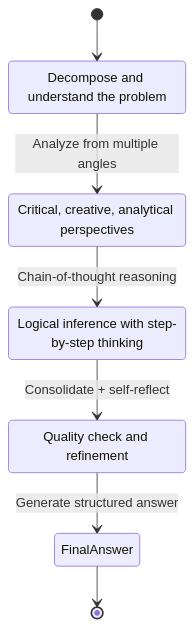
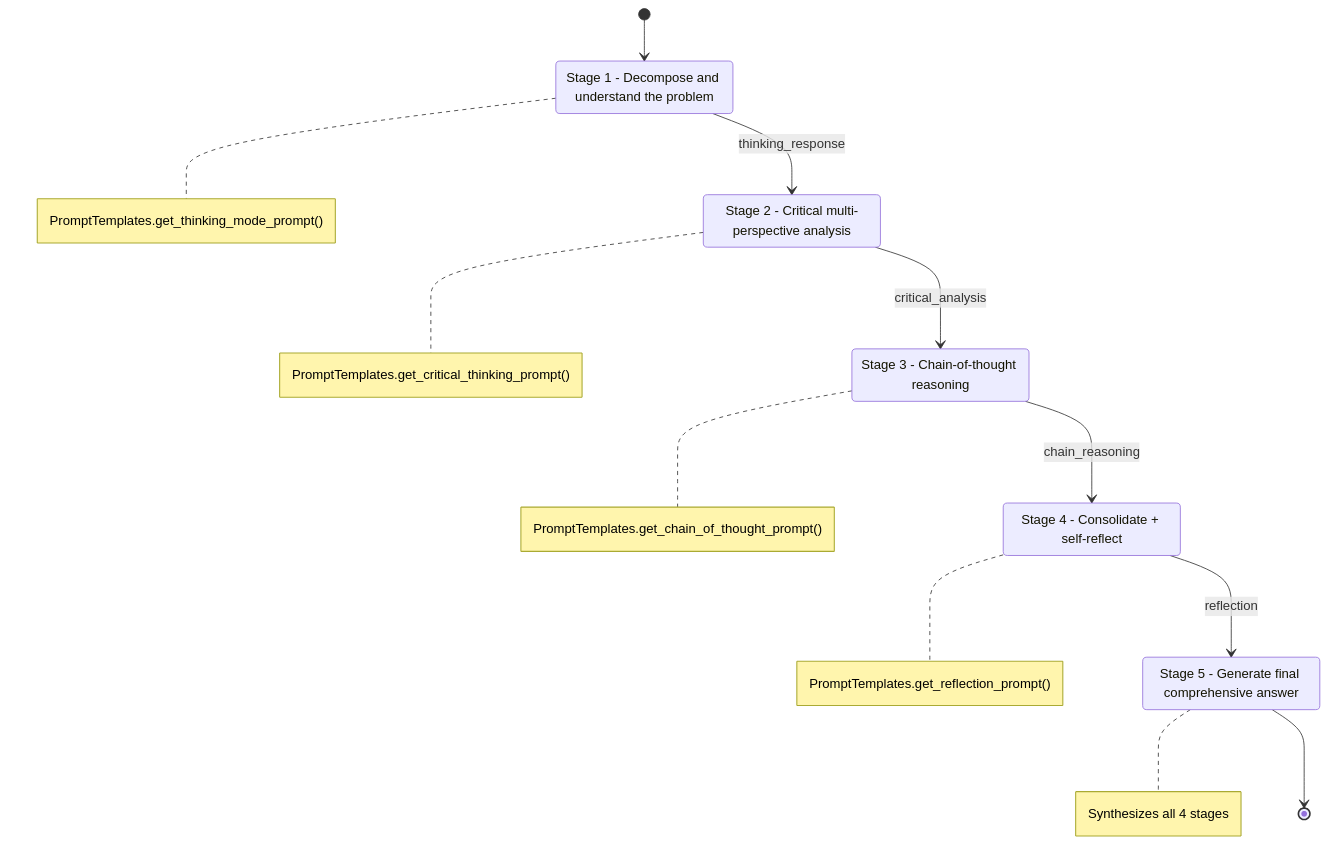
Before and after one commit to Zenobia000/openagent_backend: the sixth of 7 diagrams in Architecture_Refactoring_Toolkit/project_docs/11_processing_mode_state_machines.md, drawn with Mermaid. The commit also changed other lines of this file and 28 other files, not shown here.

````diff
--- a/Architecture_Refactoring_Toolkit/project_docs/11_processing_mode_state_machines.md
+++ b/Architecture_Refactoring_Toolkit/project_docs/11_processing_mode_state_machines.md
@@ -238,18 +282,24 @@
 ```mermaid
 stateDiagram-v2
     [*] --> ProblemAnalysis
 
-    ProblemAnalysis: Decompose and understand the problem
-    ProblemAnalysis --> MultiPerspective: Analyze from multiple angles
+    ProblemAnalysis: Stage 1 - Decompose and understand the problem
+    note right of ProblemAnalysis: PromptTemplates.get_thinking_mode_prompt()
+    ProblemAnalysis --> MultiPerspective: thinking_response
 
-    MultiPerspective: Critical, creative, analytical perspectives
-    MultiPerspective --> DeepReasoning: Chain-of-thought reasoning
+    MultiPerspective: Stage 2 - Critical multi-perspective analysis
+    note right of MultiPerspective: PromptTemplates.get_critical_thinking_prompt()
+    MultiPerspective --> DeepReasoning: critical_analysis
 
-    DeepReasoning: Logical inference with step-by-step thinking
-    DeepReasoning --> SynthesisAndReflection: Consolidate + self-reflect
+    DeepReasoning: Stage 3 - Chain-of-thought reasoning
+    note right of DeepReasoning: PromptTemplates.get_chain_of_thought_prompt()
+    DeepReasoning --> SynthesisAndReflection: chain_reasoning
 
-    SynthesisAndReflection: Quality check and refinement
-    SynthesisAndReflection --> FinalAnswer: Generate structured answer
+    SynthesisAndReflection: Stage 4 - Consolidate + self-reflect
+    note right of SynthesisAndReflection: PromptTemplates.get_reflection_prompt()
+    SynthesisAndReflection --> FinalAnswer: reflection
 
+    FinalAnswer: Stage 5 - Generate final comprehensive answer
+    note right of FinalAnswer: Synthesizes all 4 stages
     FinalAnswer --> [*]
 ```
````
